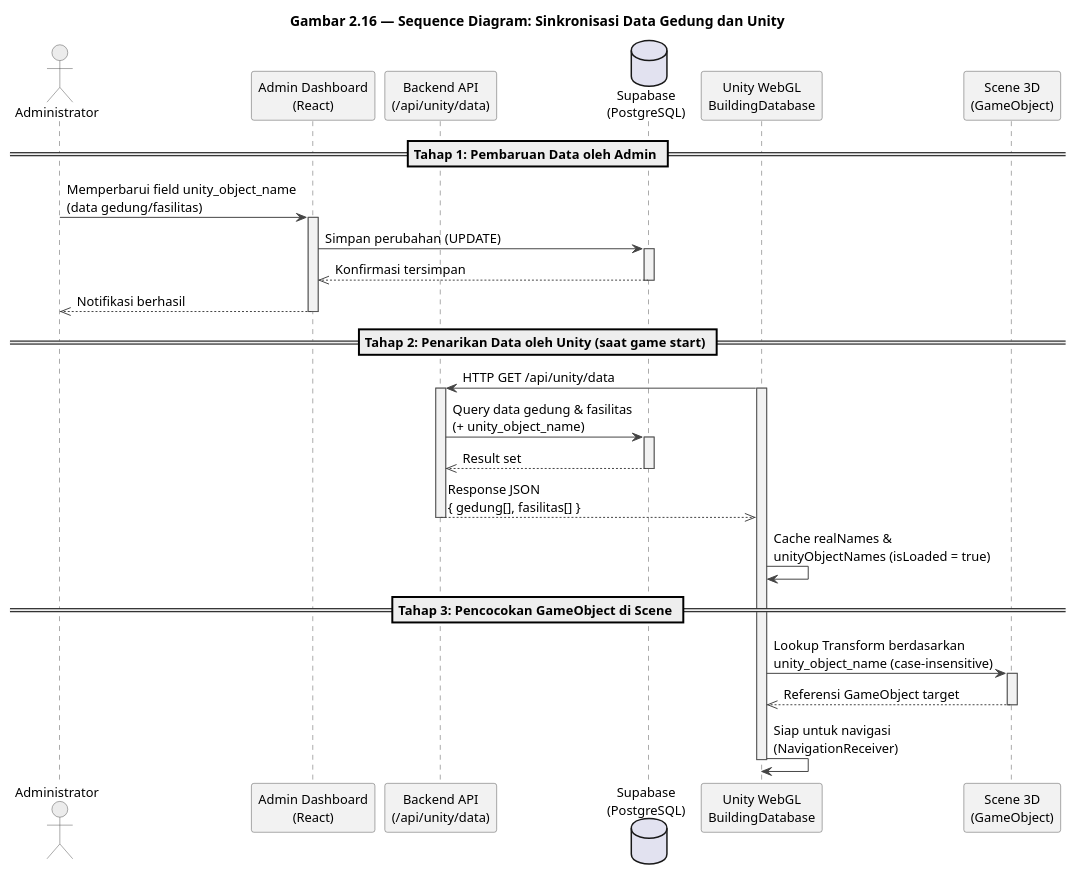
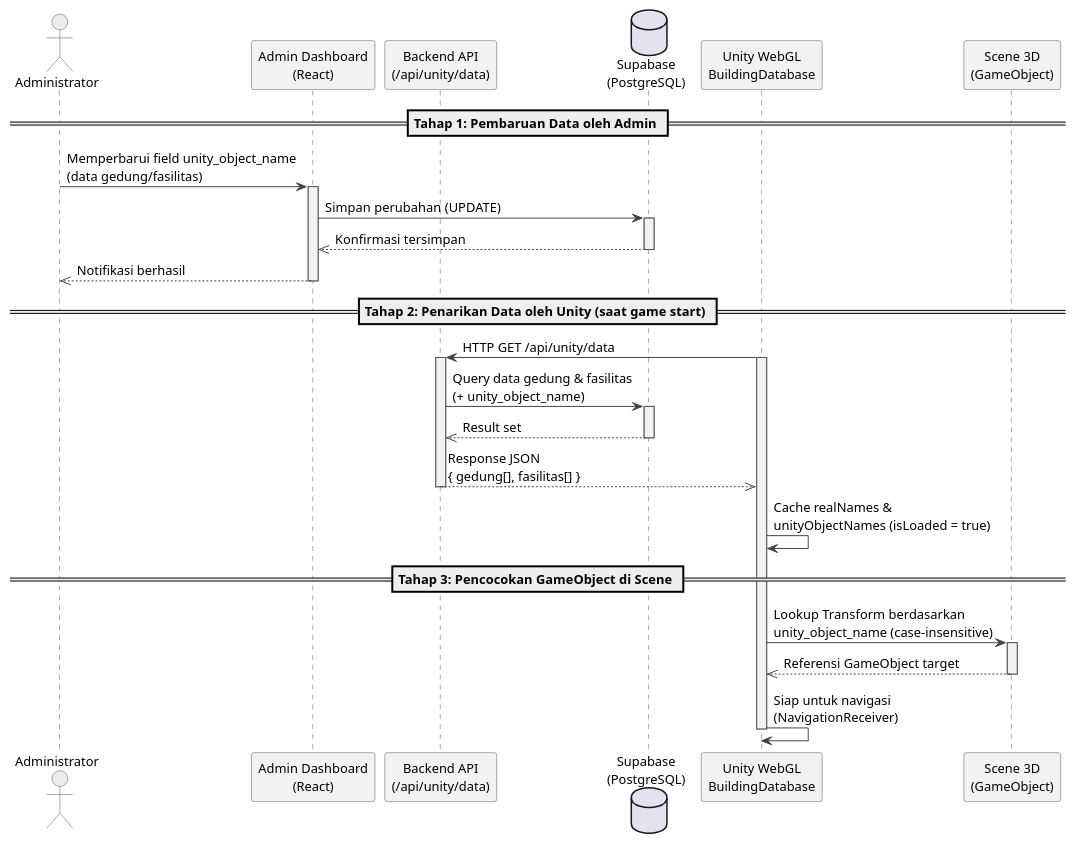
The diagram in diagrams/gambar-2.16-sequence-sinkronisasi-data-unity.puml (Jokskuyy/workflow-ta-proyek), drawn with PlantUML before and after one commit. The commit also changed 52 other files, not shown here.

Commit message:
docs: finalisasi laporan Iman dan diagram UML

```diff
--- a/diagrams/gambar-2.16-sequence-sinkronisasi-data-unity.puml
+++ b/diagrams/gambar-2.16-sequence-sinkronisasi-data-unity.puml
@@ -1,60 +1,59 @@
 @startuml gambar-2-16-sequence-sinkronisasi-data-unity
 ' Gambar 2.16 - Sequence Diagram: Sinkronisasi Data Gedung dan Unity
 ' Sumber: BAB II - 2.3.3 Sequence Diagram (b) + PRD (alur unity_object_name)
 
 skinparam backgroundColor #FFFFFF
 skinparam shadowing false
 skinparam defaultFontName "Segoe UI"
 skinparam defaultFontSize 13
 skinparam sequenceArrowColor #444444
 skinparam sequenceLifeLineBorderColor #555555
 skinparam sequenceLifeLineBackgroundColor #F2F2F2
 skinparam participant {
   BackgroundColor #F2F2F2
   BorderColor #555555
 }
 skinparam actor {
   BackgroundColor #ECECEC
   BorderColor #555555
 }
 
-title Gambar 2.16 — Sequence Diagram: Sinkronisasi Data Gedung dan Unity
 
 actor "Administrator" as Admin
 participant "Admin Dashboard\n(React)" as FE
 participant "Backend API\n(/api/unity/data)" as API
 database "Supabase\n(PostgreSQL)" as DB
 participant "Unity WebGL\nBuildingDatabase" as Unity
 participant "Scene 3D\n(GameObject)" as Scene
 
 == Tahap 1: Pembaruan Data oleh Admin ==
 Admin -> FE : Memperbarui field unity_object_name\n(data gedung/fasilitas)
 activate FE
 FE -> DB : Simpan perubahan (UPDATE)
 activate DB
 DB -->> FE : Konfirmasi tersimpan
 deactivate DB
 FE -->> Admin : Notifikasi berhasil
 deactivate FE
 
 == Tahap 2: Penarikan Data oleh Unity (saat game start) ==
 Unity -> API : HTTP GET /api/unity/data
 activate Unity
 activate API
 API -> DB : Query data gedung & fasilitas\n(+ unity_object_name)
 activate DB
 DB -->> API : Result set
 deactivate DB
 API -->> Unity : Response JSON\n{ gedung[], fasilitas[] }
 deactivate API
 Unity -> Unity : Cache realNames &\nunityObjectNames (isLoaded = true)
 
 == Tahap 3: Pencocokan GameObject di Scene ==
 Unity -> Scene : Lookup Transform berdasarkan\nunity_object_name (case-insensitive)
 activate Scene
 Scene -->> Unity : Referensi GameObject target
 deactivate Scene
 Unity -> Unity : Siap untuk navigasi\n(NavigationReceiver)
 deactivate Unity
 
 @enduml
```
